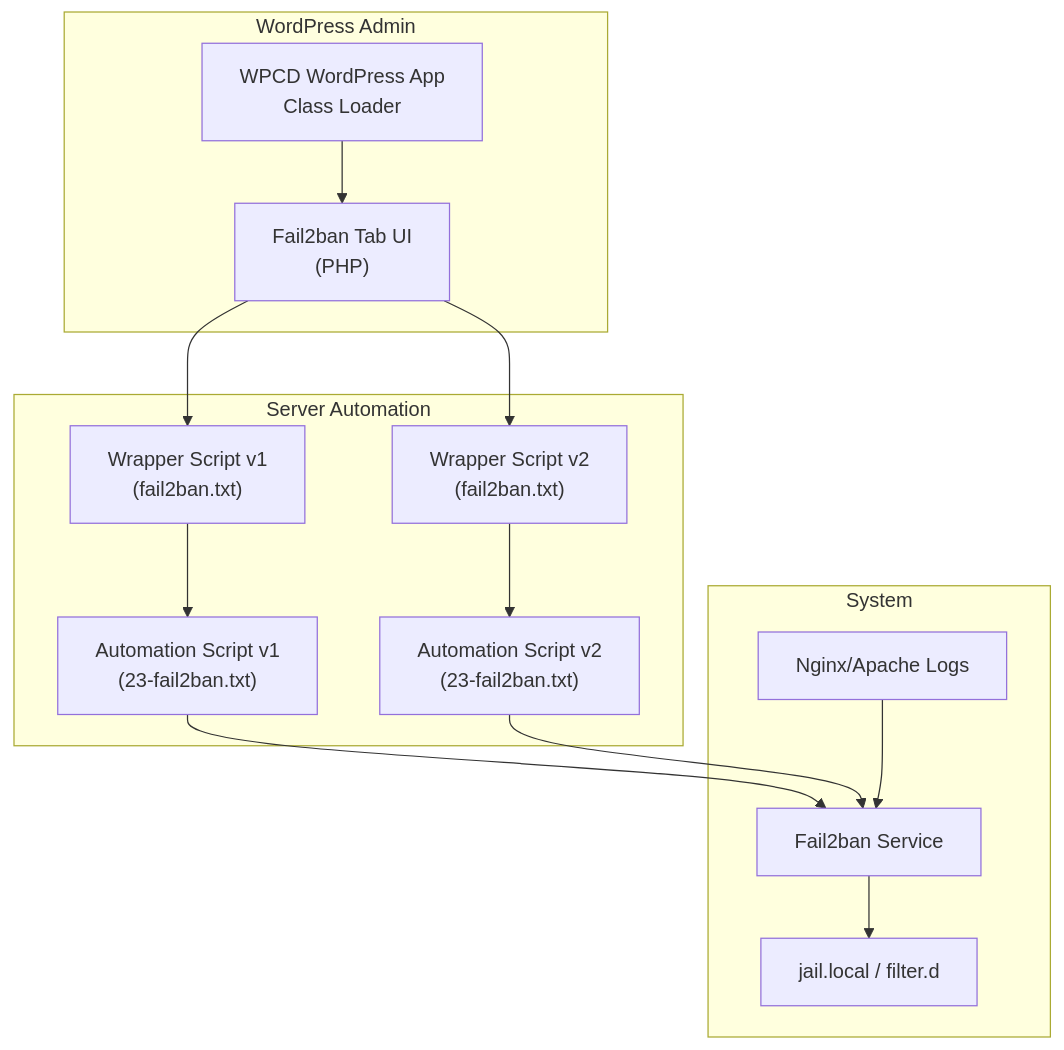
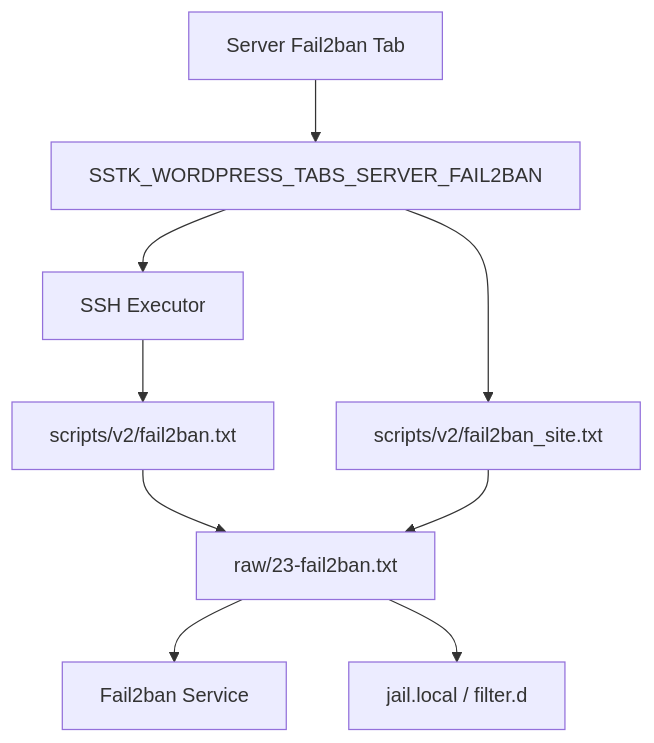
The first of 2 diagrams in .qoder/repowiki/en/content/Operational Tools/Security Hardening Tools/Intrusion Detection & Prevention.md (onedogsolutions/simple-stack), drawn with Mermaid before and after one commit. The commit also changed other lines of this file and 5941 other files, not shown here.

````diff
--- a/.qoder/repowiki/en/content/Operational Tools/Security Hardening Tools/Intrusion Detection & Prevention.md
+++ b/.qoder/repowiki/en/content/Operational Tools/Security Hardening Tools/Intrusion Detection & Prevention.md
@@ -39,27 +43,11 @@
 ```mermaid
 graph TB
-subgraph "WordPress Admin"
-A["WPCD WordPress App<br/>Class Loader"]
-B["Fail2ban Tab UI<br/>(PHP)"]
-end
-subgraph "Server Automation"
-C["Wrapper Script v1<br/>(fail2ban.txt)"]
-D["Wrapper Script v2<br/>(fail2ban.txt)"]
-E["Automation Script v1<br/>(23-fail2ban.txt)"]
-F["Automation Script v2<br/>(23-fail2ban.txt)"]
-end
-subgraph "System"
-G["Fail2ban Service"]
-H["Nginx/Apache Logs"]
-I["jail.local / filter.d"]
-end
-A --> B
-B --> C
-B --> D
-C --> E
-D --> F
-E --> G
-F --> G
-G --> I
-H --> G
+    UI["Server Fail2ban Tab"] --> PHP["SSTK_WORDPRESS_TABS_SERVER_FAIL2BAN"]
+    PHP --> SSH["SSH Executor"]
+    SSH --> Wrapper["scripts/v2/fail2ban.txt"]
+    Wrapper --> Raw["raw/23-fail2ban.txt"]
+    Raw --> Service["Fail2ban Service"]
+    Raw --> Jails["jail.local / filter.d"]
+    PHP --> SiteWrapper["scripts/v2/fail2ban_site.txt"]
+    SiteWrapper --> Raw
 ```
````
